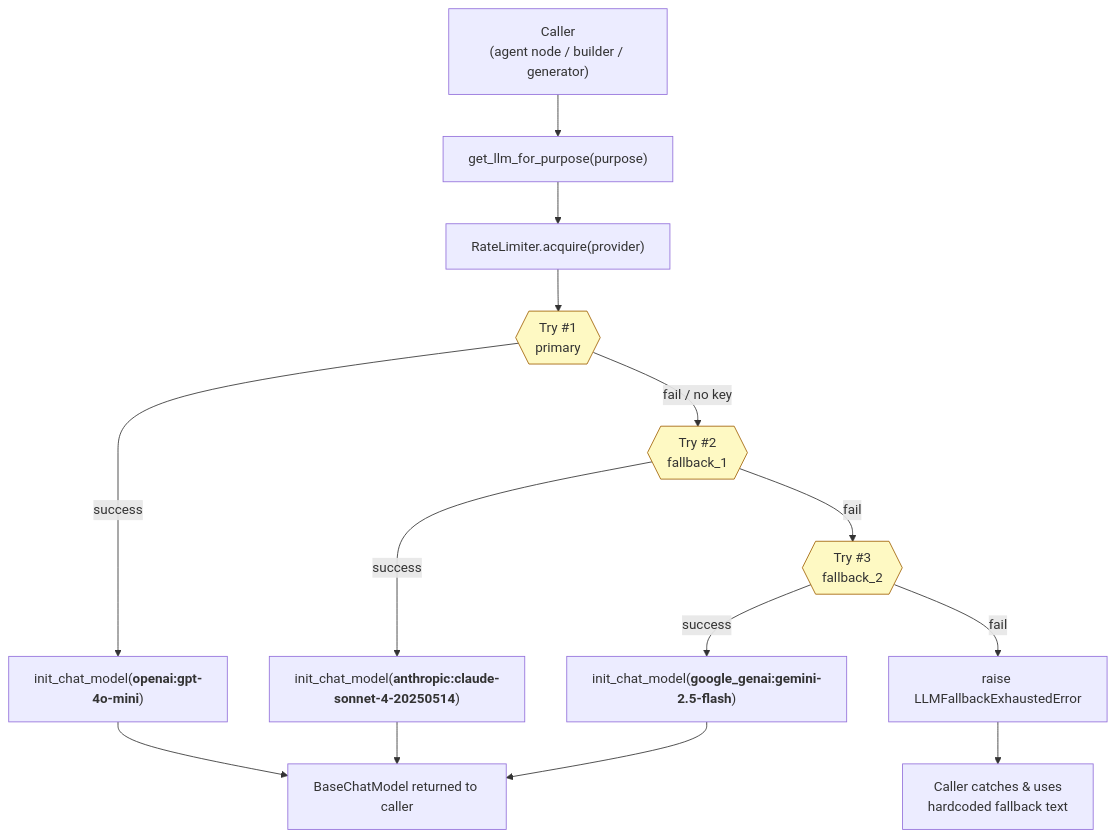
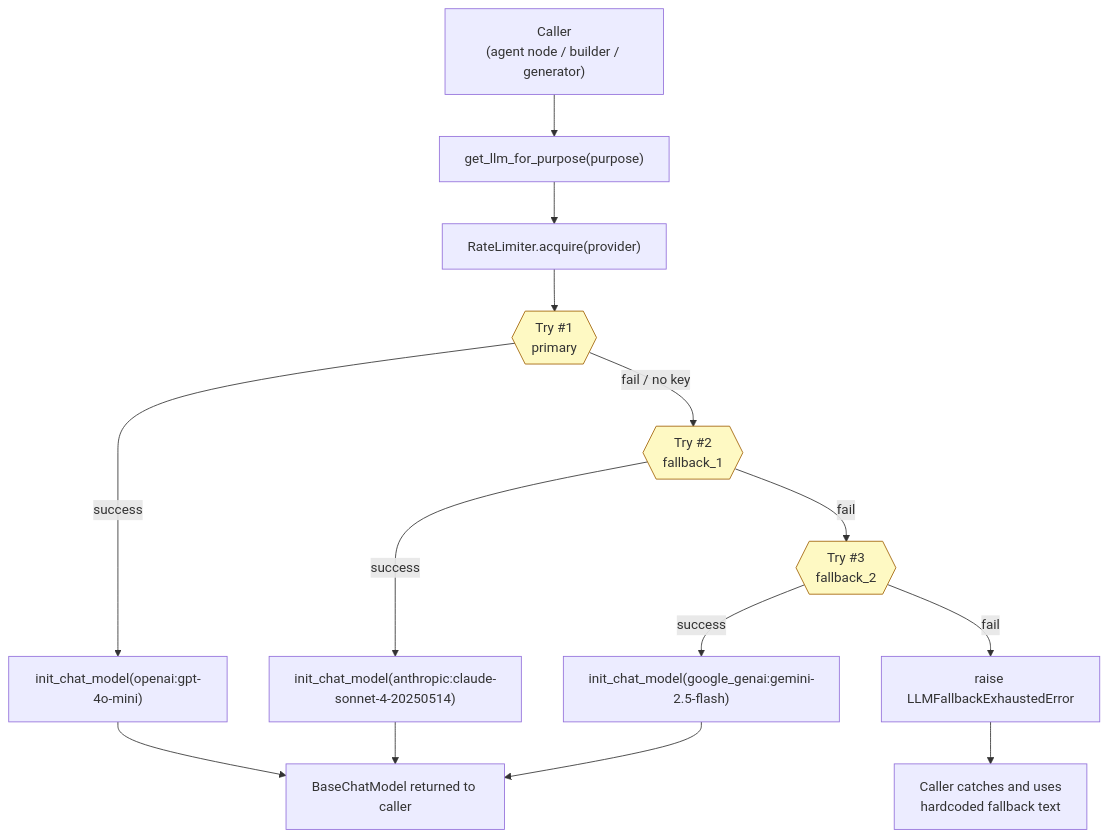
The first of 7 diagrams in docs/phase-02-llm/00-system-design.md (Het-Shah21/AB6_AI), drawn with Mermaid before and after one commit. The commit also changed other lines of this file and 12 other files, not shown here.

First line of the commit message:
Fix Mermaid diagrams: <br/> -> <br> and resolve other GitHub-render issues

````diff
--- a/docs/phase-02-llm/00-system-design.md
+++ b/docs/phase-02-llm/00-system-design.md
@@ -14,26 +14,26 @@
 ```mermaid
 flowchart TB
-    C["Caller<br/>(agent node / builder / generator)"]
+    C["Caller<br>(agent node / builder / generator)"]
     C --> P["get_llm_for_purpose(purpose)"]
     P --> RL["RateLimiter.acquire(provider)"]
     RL --> TRY1
 
-    TRY1{{"Try #1<br/>primary"}}:::try
-    TRY1 -->|success| M1["init_chat_model(<b>openai:gpt-4o-mini</b>)"]
+    TRY1{{"Try #1<br>primary"}}:::attempt
+    TRY1 -->|success| M1["init_chat_model(openai:gpt-4o-mini)"]
     TRY1 -->|fail / no key| TRY2
 
-    TRY2{{"Try #2<br/>fallback_1"}}:::try
-    TRY2 -->|success| M2["init_chat_model(<b>anthropic:claude-sonnet-4-20250514</b>)"]
+    TRY2{{"Try #2<br>fallback_1"}}:::attempt
+    TRY2 -->|success| M2["init_chat_model(anthropic:claude-sonnet-4-20250514)"]
     TRY2 -->|fail| TRY3
 
-    TRY3{{"Try #3<br/>fallback_2"}}:::try
-    TRY3 -->|success| M3["init_chat_model(<b>google_genai:gemini-2.5-flash</b>)"]
+    TRY3{{"Try #3<br>fallback_2"}}:::attempt
+    TRY3 -->|success| M3["init_chat_model(google_genai:gemini-2.5-flash)"]
     TRY3 -->|fail| ERR["raise LLMFallbackExhaustedError"]
 
     M1 --> OUT["BaseChatModel returned to caller"]
     M2 --> OUT
     M3 --> OUT
-    ERR --> CATCH["Caller catches & uses<br/>hardcoded fallback text"]
+    ERR --> CATCH["Caller catches and uses<br>hardcoded fallback text"]
 
-    classDef try fill:#fef9c3,stroke:#a16207
+    classDef attempt fill:#fef9c3,stroke:#a16207
 ```
````
